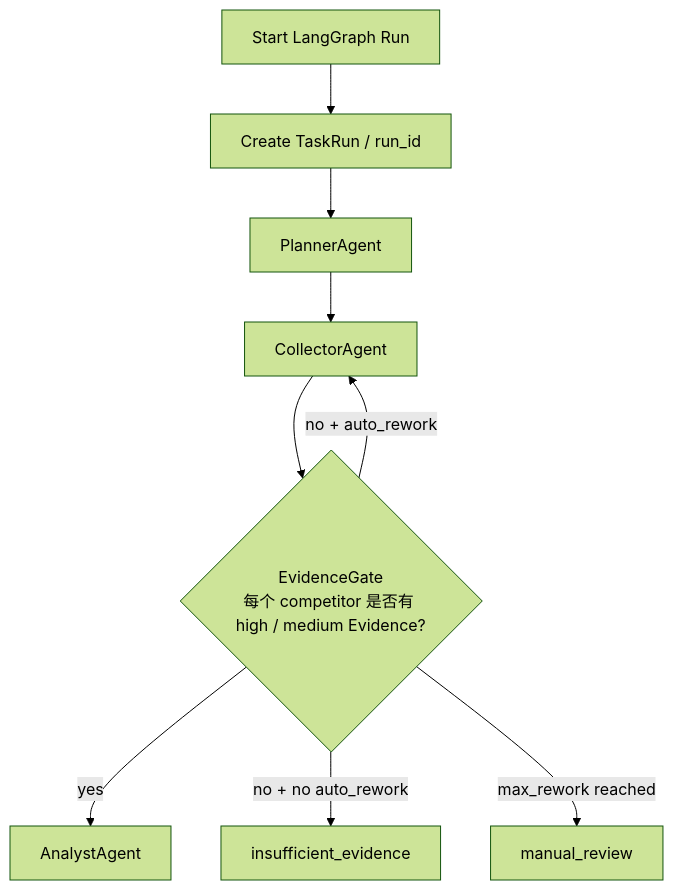
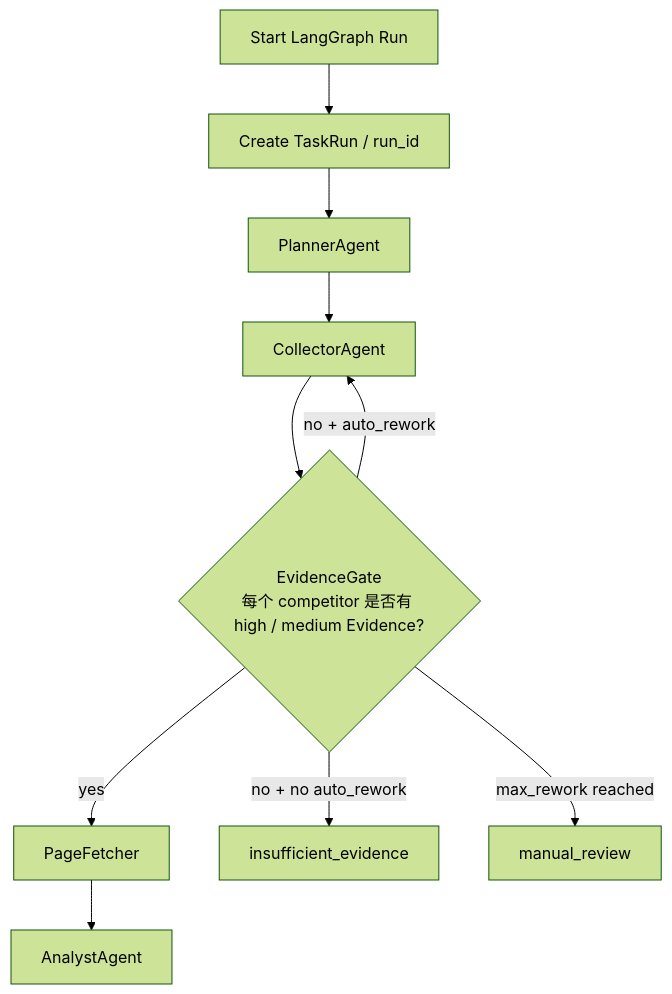
The fifth of 6 diagrams in docs/architecture.md (XH-111/cis-agent-demo), drawn with Mermaid (forest theme) before and after one commit. The commit also changed other lines of this file and 17 other files, not shown here.

Commit message:
Add page fetcher and configurable LLM reports

````diff
--- a/docs/architecture.md
+++ b/docs/architecture.md
@@ -158,11 +161,12 @@
 ```mermaid
 flowchart TD
     RunStart[Start LangGraph Run] --> TaskRun[Create TaskRun / run_id]
     TaskRun --> Planner[PlannerAgent]
     Planner --> Collector[CollectorAgent]
     Collector --> Gate{EvidenceGate<br/>每个 competitor 是否有 high / medium Evidence?}
-    Gate -->|yes| Analyst[AnalystAgent]
+    Gate -->|yes| PageFetcher[PageFetcher]
+    PageFetcher --> Analyst[AnalystAgent]
     Gate -->|no + auto_rework| Collector
     Gate -->|no + no auto_rework| Stop[insufficient_evidence]
     Gate -->|max_rework reached| Manual[manual_review]
 ```
````
